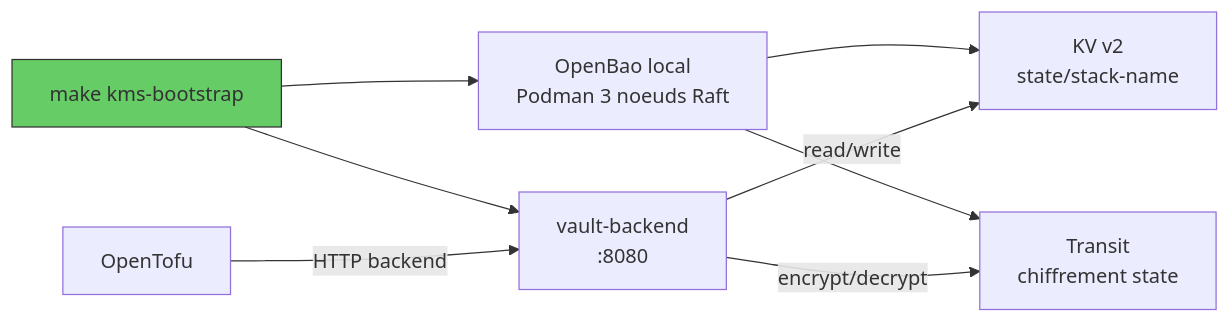
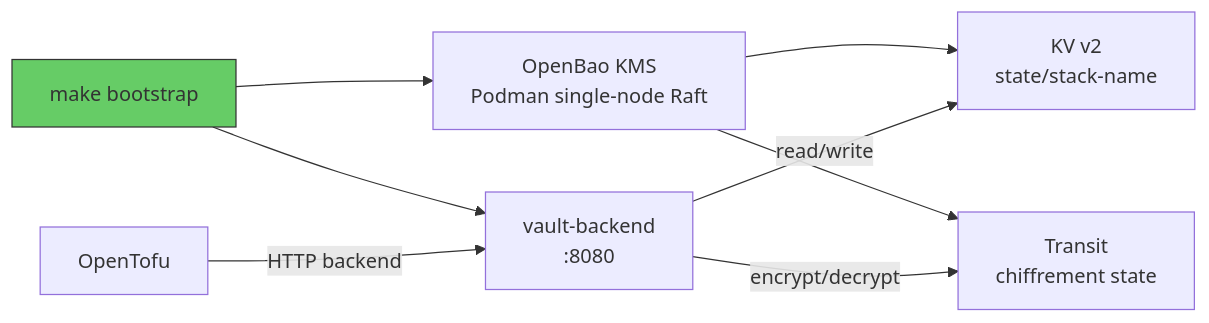
The fifth of 12 diagrams in docs/explanation/bootstrap.md (Destynova2/st4ck), drawn with Mermaid before and after one commit. The commit also changed other lines of this file and 25 other files, not shown here.

First line of the commit message:
docs: align docs with ADR-033 OpenBao/ESO/Flux ownership model

````diff
--- a/docs/explanation/bootstrap.md
+++ b/docs/explanation/bootstrap.md
@@ -93,13 +93,13 @@
 ```mermaid
 graph LR
-    KMS[make kms-bootstrap] --> BAO[OpenBao local<br/>Podman 3 noeuds Raft]
+    KMS[make bootstrap] --> BAO[OpenBao KMS<br/>Podman single-node Raft]
     BAO --> KV[KV v2<br/>state/stack-name]
     BAO --> TR[Transit<br/>chiffrement state]
     KMS --> VB[vault-backend<br/>:8080]
 
     TF[OpenTofu] -->|HTTP backend| VB
     VB -->|read/write| KV
     VB -->|encrypt/decrypt| TR
 
     style KMS fill:#6c6,stroke:#333
 ```
````
